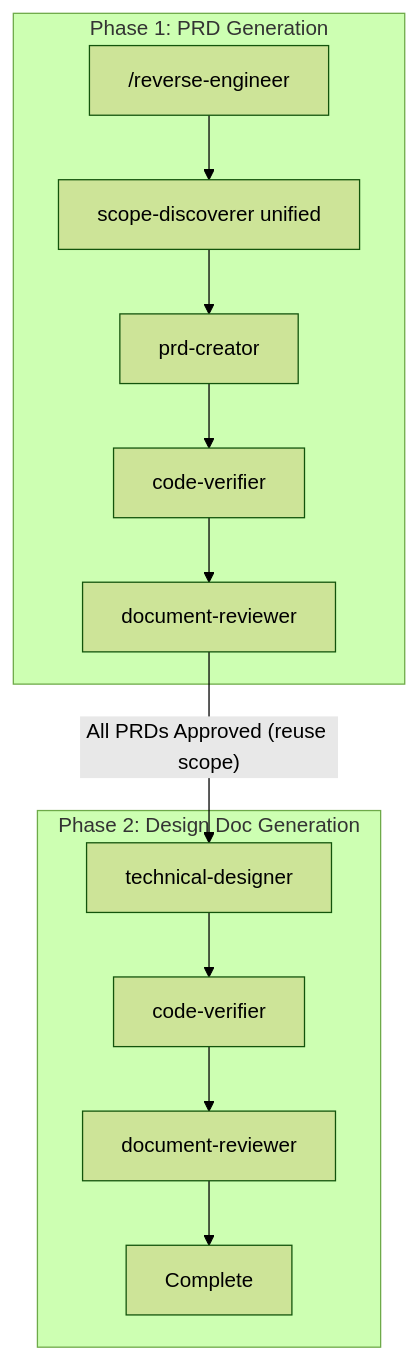
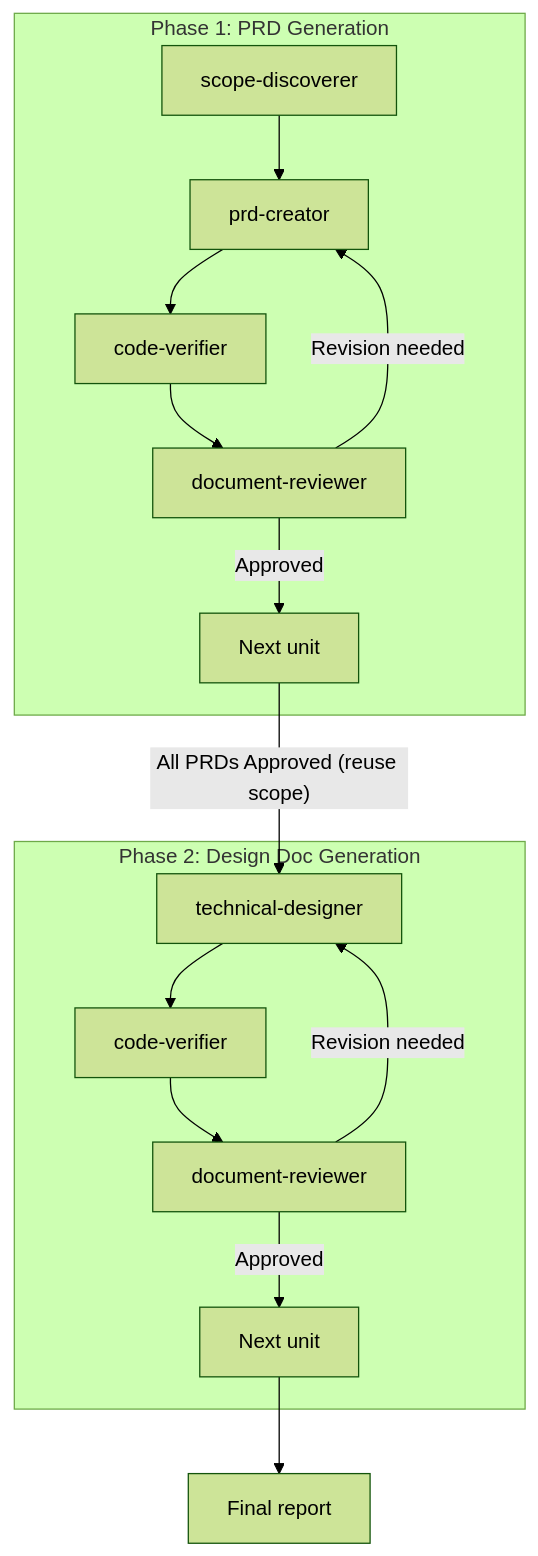
One commit to shinpr/ai-coding-project-boilerplate changed the second of 2 diagrams in README.md. Above: the diagram before and after it, drawn with Mermaid (forest theme). The commit also changed other lines of this file and 3 other files, not shown here.

````diff
--- a/README.md
+++ b/README.md
@@ -211,17 +232,20 @@
 ```mermaid
 graph TB
     subgraph Phase1[Phase 1: PRD Generation]
-        CMD["/reverse-engineer"] --> SD[scope-discoverer unified]
-        SD --> PRD[prd-creator]
+        SD[scope-discoverer] --> PRD[prd-creator]
         PRD --> CV1[code-verifier]
         CV1 --> DR1[document-reviewer]
+        DR1 -->|Revision needed| PRD
+        DR1 -->|Approved| NEXT1[Next unit]
     end
 
     subgraph Phase2[Phase 2: Design Doc Generation]
         TD[technical-designer] --> CV2[code-verifier]
         CV2 --> DR2[document-reviewer]
-        DR2 --> DONE[Complete]
+        DR2 -->|Revision needed| TD
+        DR2 -->|Approved| NEXT2[Next unit]
     end
 
-    DR1 --> |"All PRDs Approved (reuse scope)"| TD
+    NEXT1 -->|"All PRDs Approved (reuse scope)"| TD
+    NEXT2 --> REPORT[Final report]
 ```
````
